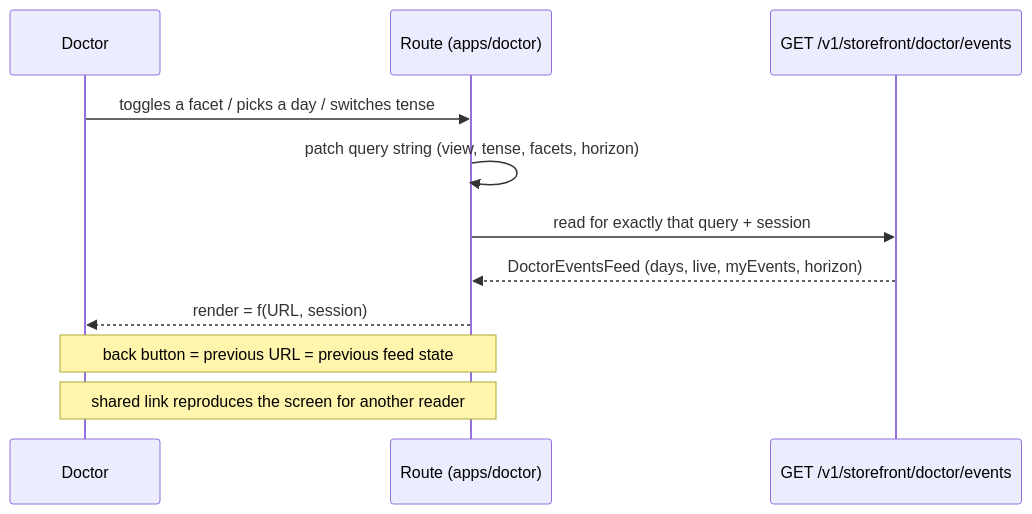
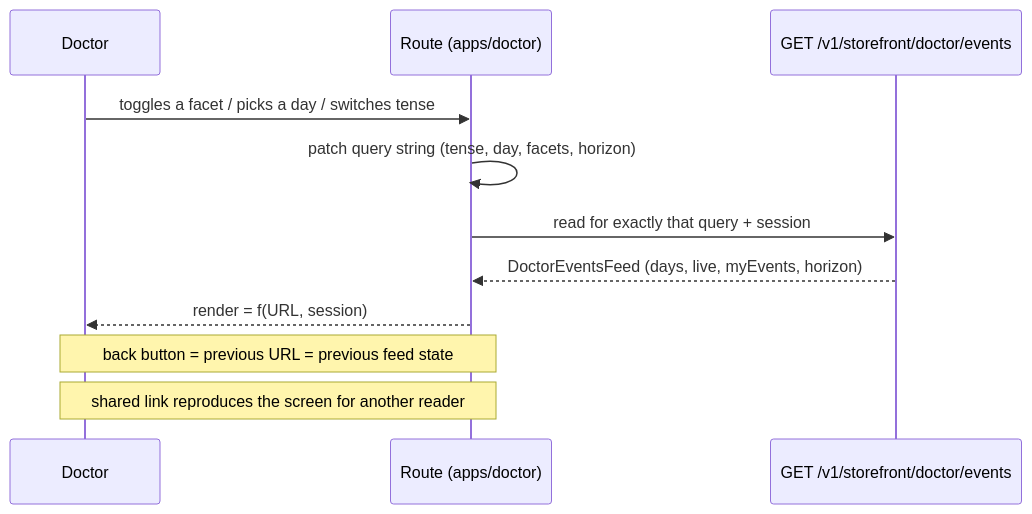
Before and after one commit to doctor-school/ds-platform: the second of 6 diagrams in apps/docs/content/specs/features/019-doctor-events-feed/019-design.md, drawn with Mermaid. The commit also changed other lines of this file and 3 other files, not shown here.

````diff
--- a/apps/docs/content/specs/features/019-doctor-events-feed/019-design.md
+++ b/apps/docs/content/specs/features/019-doctor-events-feed/019-design.md
@@ -42,13 +42,13 @@
 ```mermaid
 sequenceDiagram
   participant D as Doctor
   participant R as Route (apps/doctor)
   participant API as GET /v1/storefront/doctor/events
   D->>R: toggles a facet / picks a day / switches tense
-  R->>R: patch query string (view, tense, facets, horizon)
+  R->>R: patch query string (tense, day, facets, horizon)
   R->>API: read for exactly that query + session
   API-->>R: DoctorEventsFeed (days, live, myEvents, horizon)
   R-->>D: render = f(URL, session)
   Note over D,R: back button = previous URL = previous feed state
   Note over D,R: shared link reproduces the screen for another reader
 ```
````
